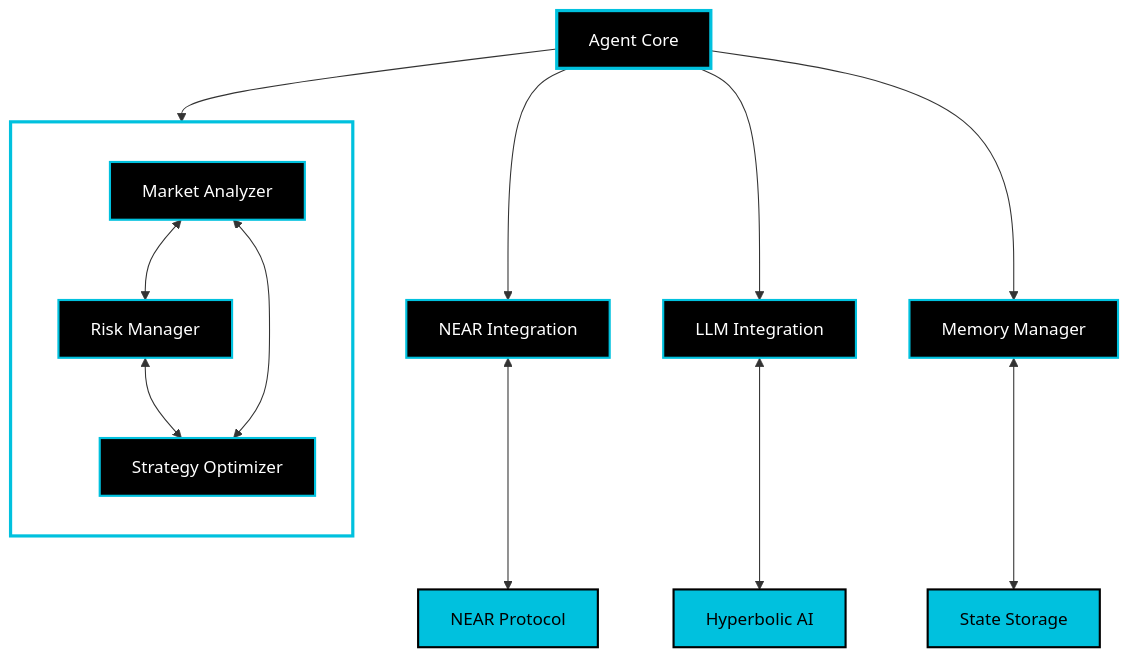
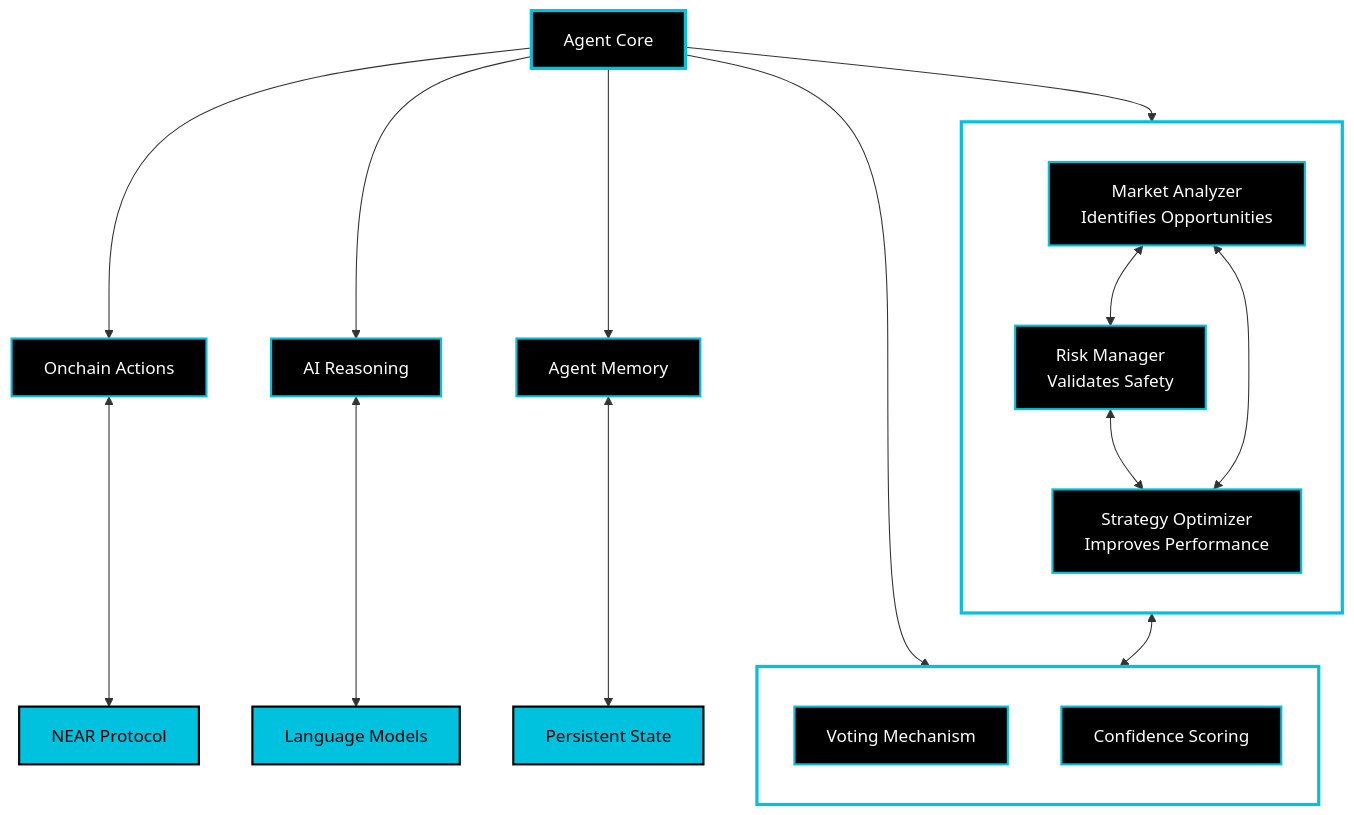
One commit to jbarnes850/near-ai-agent-studio changed the diagram in README.md. Above: the diagram before and after it, drawn with Mermaid. The commit also changed 30 other files, not shown here.

````diff
--- a/README.md
+++ b/README.md
@@ -52,57 +52,74 @@
 ```mermaid
 graph TB
     %% Core Components
     Core[Agent Core]
     style Core fill:black,stroke:#00C1DE,stroke-width:3px,color:white
 
-    %% Integration Layer
-    NEAR_Int[NEAR Integration]
-    LLM_Int[LLM Integration]
-    Mem[Memory Manager]
-    style NEAR_Int fill:black,stroke:#00C1DE,stroke-width:2px,color:white
-    style LLM_Int fill:black,stroke:#00C1DE,stroke-width:2px,color:white
-    style Mem fill:black,stroke:#00C1DE,stroke-width:2px,color:white
+    %% Agent Capabilities
+    OnChain[Onchain Actions]
+    AI[AI Reasoning]
+    Memory[Agent Memory]
+    style OnChain fill:black,stroke:#00C1DE,stroke-width:2px,color:white
+    style AI fill:black,stroke:#00C1DE,stroke-width:2px,color:white
+    style Memory fill:black,stroke:#00C1DE,stroke-width:2px,color:white
 
-    %% External Services
-    NEAR[NEAR Protocol]
-    LLM[Hyperbolic AI]
-    Storage[State Storage]
-    style NEAR fill:#00C1DE,stroke:black,stroke-width:2px,color:black
+    %% External Systems
+    Blockchain[NEAR Protocol]
+    LLM[Language Models]
+    Storage[Persistent State]
+    style Blockchain fill:#00C1DE,stroke:black,stroke-width:2px,color:black
     style LLM fill:#00C1DE,stroke:black,stroke-width:2px,color:black
     style Storage fill:#00C1DE,stroke:black,stroke-width:2px,color:black
 
-    %% Swarm Agents
+    %% Swarm Intelligence Layer
     subgraph Swarm[AI Swarm]
         direction TB
-        Agent1[Market Analyzer]
-        Agent2[Risk Manager]
-        Agent3[Strategy Optimizer]
+        Analyzer[Market Analyzer<br/>Identifies Opportunities]
+        Risk[Risk Manager<br/>Validates Safety]
+        Strategy[Strategy Optimizer<br/>Improves Performance]
 
-        style Agent1 fill:black,stroke:#00C1DE,stroke-width:2px,color:white
-        style Agent2 fill:black,stroke:#00C1DE,stroke-width:2px,color:white
-        style Agent3 fill:black,stroke:#00C1DE,stroke-width:2px,color:white
+        style Analyzer fill:black,stroke:#00C1DE,stroke-width:2px,color:white
+        style Risk fill:black,stroke:#00C1DE,stroke-width:2px,color:white
+        style Strategy fill:black,stroke:#00C1DE,stroke-width:2px,color:white
     end
     style Swarm fill:none,stroke:#00C1DE,stroke-width:3px,color:white
 
-    %% Connections
-    Core --> NEAR_Int
-    Core --> LLM_Int
-    Core --> Mem
+    %% Consensus Layer
+    subgraph Consensus[Consensus System]
+        direction TB
+        Voting[Voting Mechanism]
+        Confidence[Confidence Scoring]
+        
+        style Voting fill:black,stroke:#00C1DE,stroke-width:2px,color:white
+        style Confidence fill:black,stroke:#00C1DE,stroke-width:2px,color:white
+    end
+    style Consensus fill:none,stroke:#00C1DE,stroke-width:3px,color:white
+
+    %% Core Connections
+    Core --> OnChain
+    Core --> AI
+    Core --> Memory
     Core --> Swarm
-    NEAR_Int <--> NEAR
-    LLM_Int <--> LLM
-    Mem <--> Storage
+    Core --> Consensus
+
+    %% External Connections
+    OnChain <--> Blockchain
+    AI <--> LLM
+    Memory <--> Storage
 
     %% Swarm Connections
-    Agent1 <--> Agent2
-    Agent2 <--> Agent3
-    Agent3 <--> Agent1
+    Analyzer <--> Risk
+    Risk <--> Strategy
+    Strategy <--> Analyzer
 
+    %% Consensus Connections
+    Swarm <--> Consensus
+    
     %% Labels
     classDef label fill:none,stroke:none,color:white
-    class Core,NEAR_Int,LLM_Int,Mem,NEAR,LLM,Storage,Agent1,Agent2,Agent3 label
+    class Core,OnChain,AI,Memory,Blockchain,LLM,Storage,Analyzer,Risk,Strategy,Voting,Confidence label
 
     %% Title
     classDef title fill:none,stroke:none,color:#00C1DE,font-size:18px
     class Title title
 ```
````
